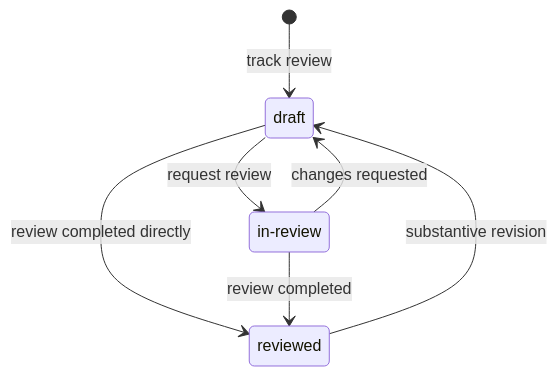
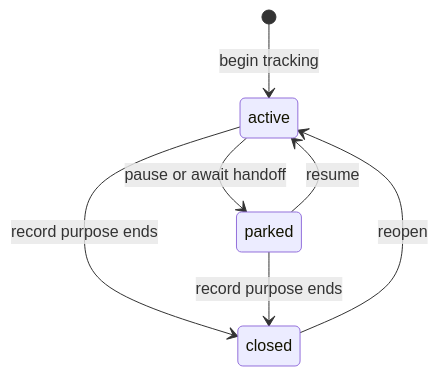
The first of 2 diagrams in .inbox/.configs/guides/lifecycle.md (mols3131d/new-repository-template), drawn with Mermaid before and after one commit. The commit also changed other lines of this file and 2 other files, not shown here.

Commit message:
docs(inbox): model temporary artifact lifecycle separately from review

````diff
--- a/.inbox/.configs/guides/lifecycle.md
+++ b/.inbox/.configs/guides/lifecycle.md
@@ -15,12 +19,12 @@
 ```mermaid
 stateDiagram-v2
-    [*] --> Draft: track review
-    state "draft" as Draft
-    state "in-review" as InReview
-    state "reviewed" as Reviewed
-    Draft --> InReview: request review
-    Draft --> Reviewed: review completed directly
-    InReview --> Draft: changes requested
-    InReview --> Reviewed: review completed
-    Reviewed --> Draft: substantive revision
+    [*] --> Active: begin tracking
+    state "active" as Active
+    state "parked" as Parked
+    state "closed" as Closed
+    Active --> Parked: pause or await handoff
+    Parked --> Active: resume
+    Active --> Closed: record purpose ends
+    Parked --> Closed: record purpose ends
+    Closed --> Active: reopen
 ```
````
